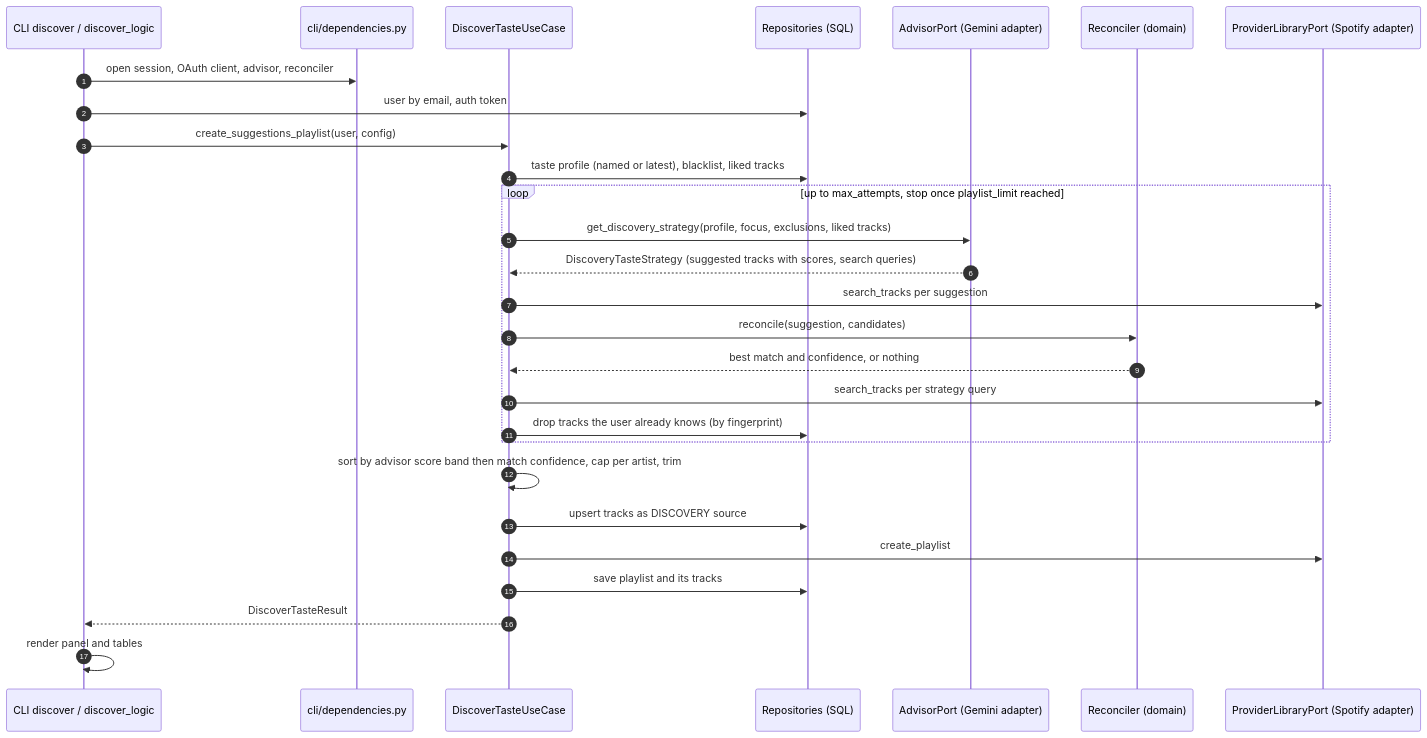
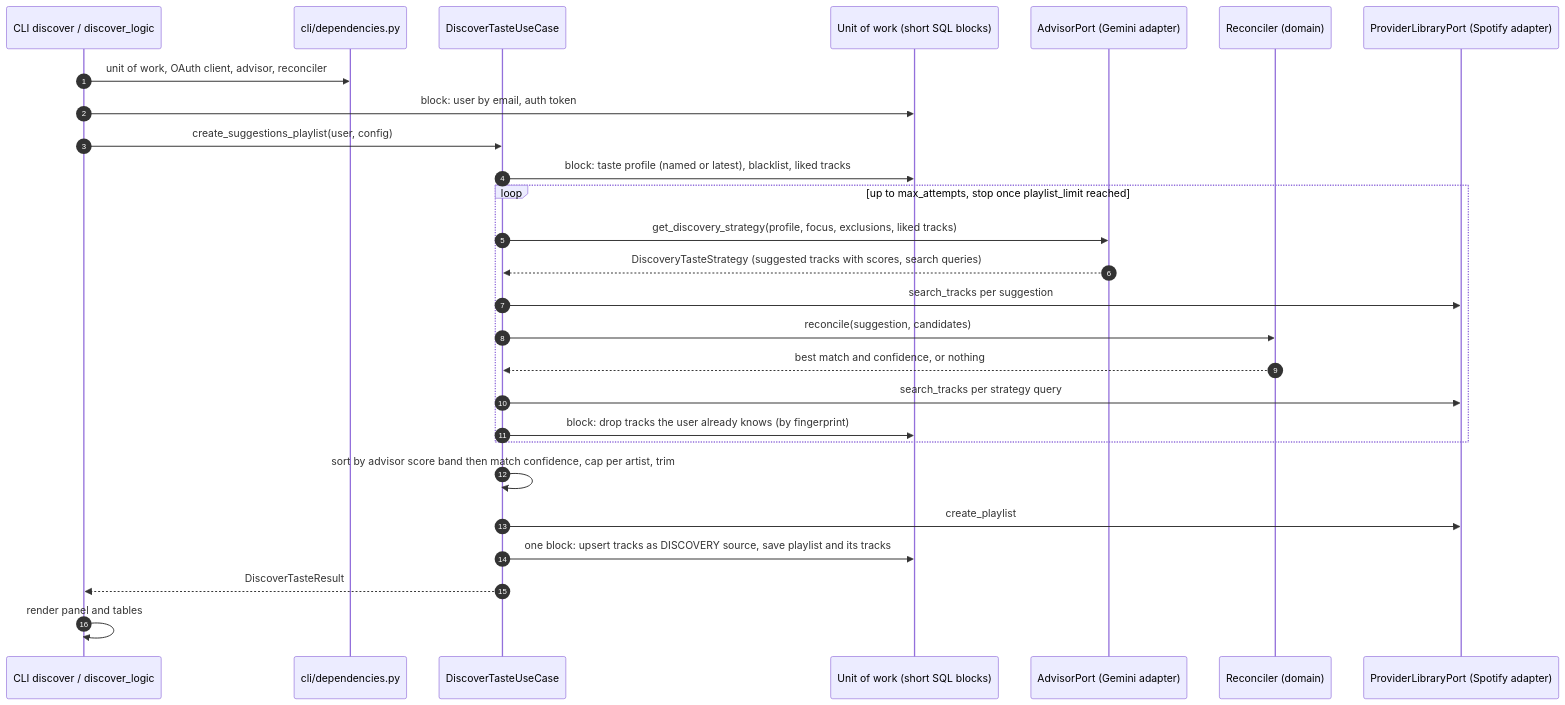
Before and after one commit to ychab/museflow: the second of 2 diagrams in docs/technical/architecture.md, drawn with Mermaid. The commit also changed other lines of this file and 7 other files, not shown here.

````diff
--- a/docs/technical/architecture.md
+++ b/docs/technical/architecture.md
@@ -68,31 +69,30 @@
 ```mermaid
 sequenceDiagram
     autonumber
     participant CLI as CLI discover / discover_logic
     participant DI as cli/dependencies.py
     participant UC as DiscoverTasteUseCase
-    participant Repo as Repositories (SQL)
+    participant UoW as Unit of work (short SQL blocks)
     participant Adv as AdvisorPort (Gemini adapter)
     participant Rec as Reconciler (domain)
     participant Lib as ProviderLibraryPort (Spotify adapter)
 
-    CLI->>DI: open session, OAuth client, advisor, reconciler
-    CLI->>Repo: user by email, auth token
+    CLI->>DI: unit of work, OAuth client, advisor, reconciler
+    CLI->>UoW: block: user by email, auth token
     CLI->>UC: create_suggestions_playlist(user, config)
-    UC->>Repo: taste profile (named or latest), blacklist, liked tracks
+    UC->>UoW: block: taste profile (named or latest), blacklist, liked tracks
     loop up to max_attempts, stop once playlist_limit reached
         UC->>Adv: get_discovery_strategy(profile, focus, exclusions, liked tracks)
         Adv-->>UC: DiscoveryTasteStrategy (suggested tracks with scores, search queries)
         UC->>Lib: search_tracks per suggestion
         UC->>Rec: reconcile(suggestion, candidates)
         Rec-->>UC: best match and confidence, or nothing
         UC->>Lib: search_tracks per strategy query
-        UC->>Repo: drop tracks the user already knows (by fingerprint)
+        UC->>UoW: block: drop tracks the user already knows (by fingerprint)
     end
     UC->>UC: sort by advisor score band then match confidence, cap per artist, trim
-    UC->>Repo: upsert tracks as DISCOVERY source
     UC->>Lib: create_playlist
-    UC->>Repo: save playlist and its tracks
+    UC->>UoW: one block: upsert tracks as DISCOVERY source, save playlist and its tracks
     UC-->>CLI: DiscoverTasteResult
     CLI->>CLI: render panel and tables
 ```
````
